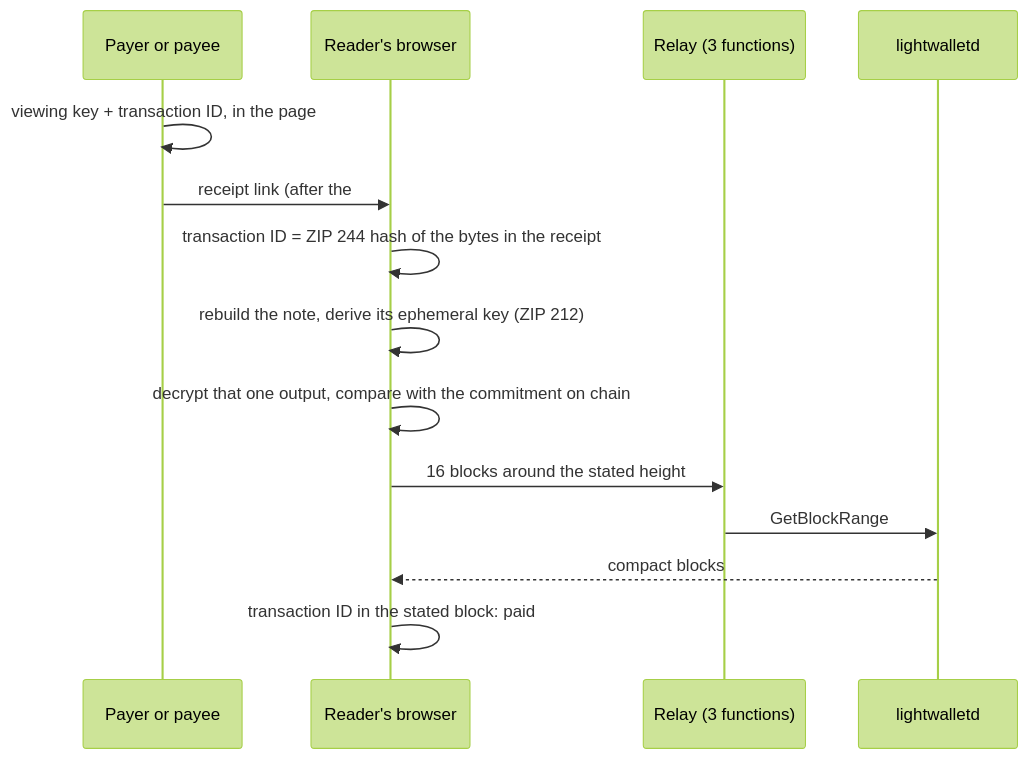
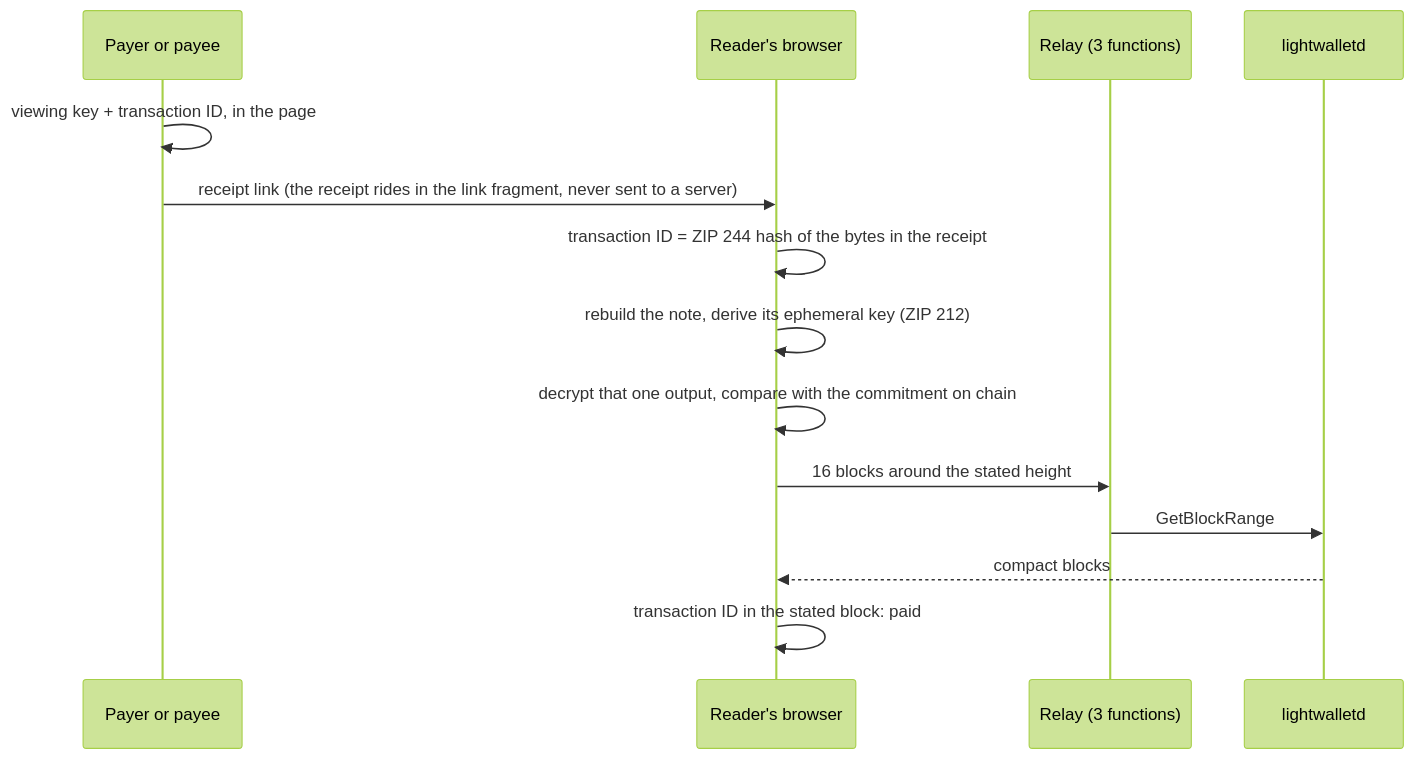
Before and after one commit to Modemola/zksnarks: the diagram in README.md, drawn with Mermaid (forest theme).

Commit message:
README: plain wording in the check diagram

````diff
--- a/README.md
+++ b/README.md
@@ -65,16 +65,16 @@
 ```mermaid
 sequenceDiagram
     participant W as Payer or payee
     participant B as Reader's browser
     participant R as Relay (3 functions)
     participant L as lightwalletd
     W->>W: viewing key + transaction ID, in the page
-    W->>B: receipt link (after the #, never sent to a server)
+    W->>B: receipt link (the receipt rides in the link fragment, never sent to a server)
     B->>B: transaction ID = ZIP 244 hash of the bytes in the receipt
     B->>B: rebuild the note, derive its ephemeral key (ZIP 212)
     B->>B: decrypt that one output, compare with the commitment on chain
     B->>R: 16 blocks around the stated height
     R->>L: GetBlockRange
     L-->>B: compact blocks
     B->>B: transaction ID in the stated block: paid
 ```
````
